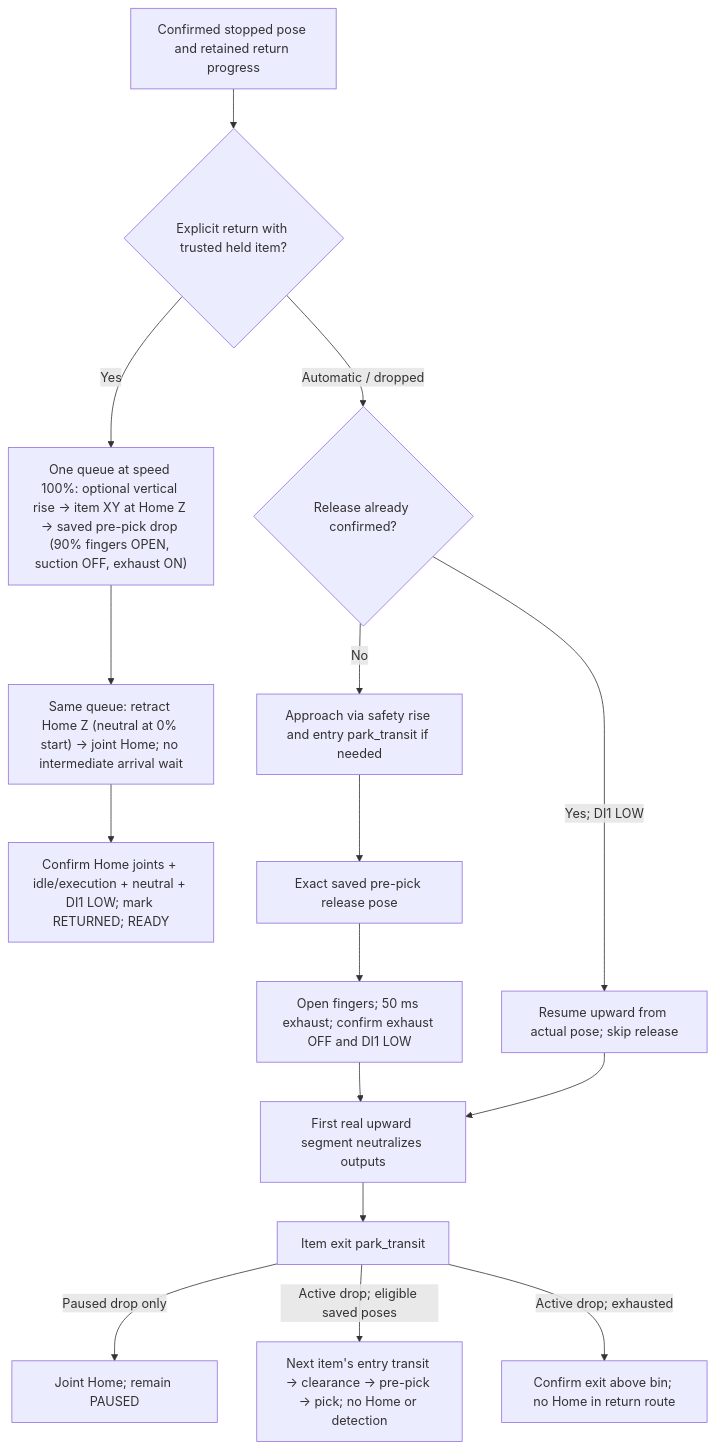
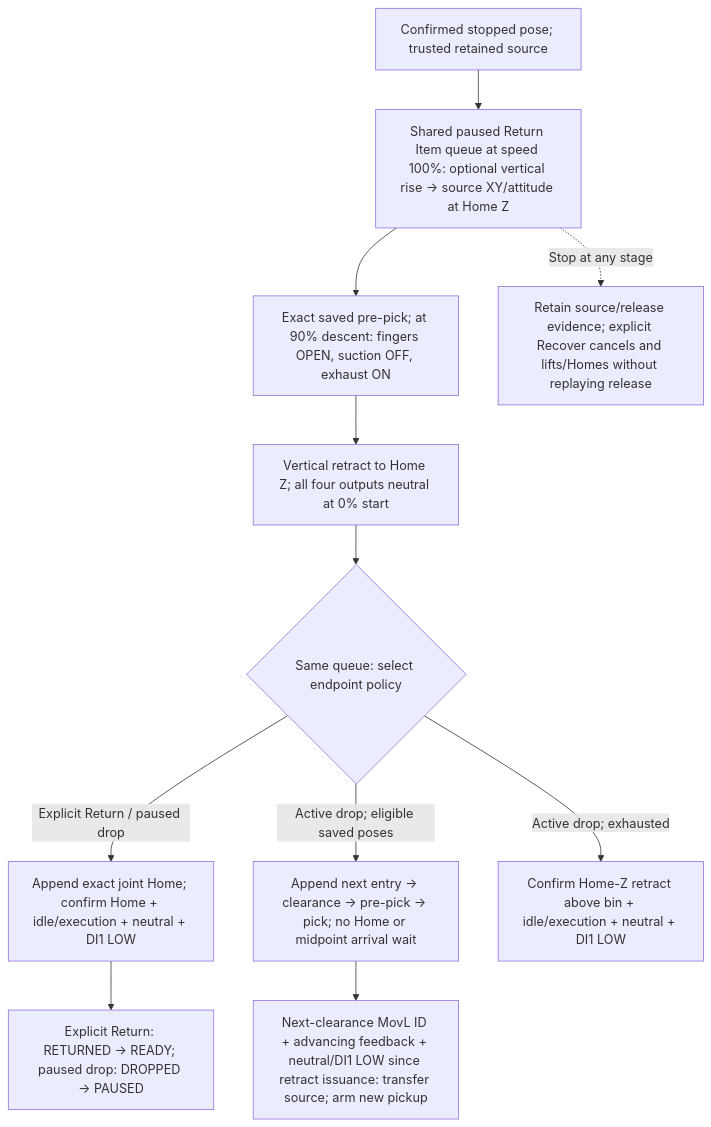
The ninth of 9 diagrams in docs/ROBOT_CONTROLLER_FSM.md (esgange/dobot_picknplace_yolo), drawn with Mermaid before and after one commit. The commit also changed other lines of this file and 17 other files, not shown here.

Commit message:
Use paused Return Item route for automatic drop recovery

````diff
--- a/docs/ROBOT_CONTROLLER_FSM.md
+++ b/docs/ROBOT_CONTROLLER_FSM.md
@@ -1052,18 +1069,13 @@
 ```mermaid
 flowchart TD
-    Start["Confirmed stopped pose and retained return progress"] --> Kind{"Explicit return with trusted held item?"}
-    Kind -->|Yes| Queue["One queue at speed 100%: optional vertical rise → item XY at Home Z → saved pre-pick drop (90% fingers OPEN, suction OFF, exhaust ON)"]
-    Queue --> Return["Same queue: retract Home Z (neutral at 0% start) → joint Home; no intermediate arrival wait"]
-    Return --> Done["Confirm Home joints + idle/execution + neutral + DI1 LOW; mark RETURNED; READY"]
-    Kind -->|Automatic / dropped| Released{"Release already confirmed?"}
-    Released -->|No| Up["Approach via safety rise and entry park_transit if needed"]
-    Up --> Release["Exact saved pre-pick release pose"]
-    Release --> Pulse["Open fingers; 50 ms exhaust; confirm exhaust OFF and DI1 LOW"]
-    Pulse --> Retreat["First real upward segment neutralizes outputs"]
-    Released -->|Yes; DI1 LOW| Resume["Resume upward from actual pose; skip release"]
-    Resume --> Retreat
-    Retreat --> Exit["Item exit park_transit"]
-    Exit -->|Paused drop only| Home["Joint Home; remain PAUSED"]
-    Exit -->|Active drop; eligible saved poses| Next["Next item's entry transit → clearance → pre-pick → pick; no Home or detection"]
-    Exit -->|Active drop; exhausted| Exhausted["Confirm exit above bin; no Home in return route"]
+    Start["Confirmed stopped pose; trusted retained source"] --> Queue["Shared paused Return Item queue at speed 100%: optional vertical rise → source XY/attitude at Home Z"]
+    Queue --> Release["Exact saved pre-pick; at 90% descent: fingers OPEN, suction OFF, exhaust ON"]
+    Release --> Retract["Vertical retract to Home Z; all four outputs neutral at 0% start"]
+    Retract --> Kind{"Same queue: select endpoint policy"}
+    Kind -->|Explicit Return / paused drop| Home["Append exact joint Home; confirm Home + idle/execution + neutral + DI1 LOW"]
+    Home --> Done["Explicit Return: RETURNED → READY; paused drop: DROPPED → PAUSED"]
+    Kind -->|Active drop; eligible saved poses| Next["Append next entry → clearance → pre-pick → pick; no Home or midpoint arrival wait"]
+    Next --> Boundary["Next-clearance MovL ID + advancing feedback + neutral/DI1 LOW since retract issuance: transfer source; arm new pickup"]
+    Kind -->|Active drop; exhausted| Exhausted["Confirm Home-Z retract above bin + idle/execution + neutral + DI1 LOW"]
+    Queue -. "Stop at any stage" .-> Stop["Retain source/release evidence; explicit Recover cancels and lifts/Homes without replaying release"]
 ```
````
